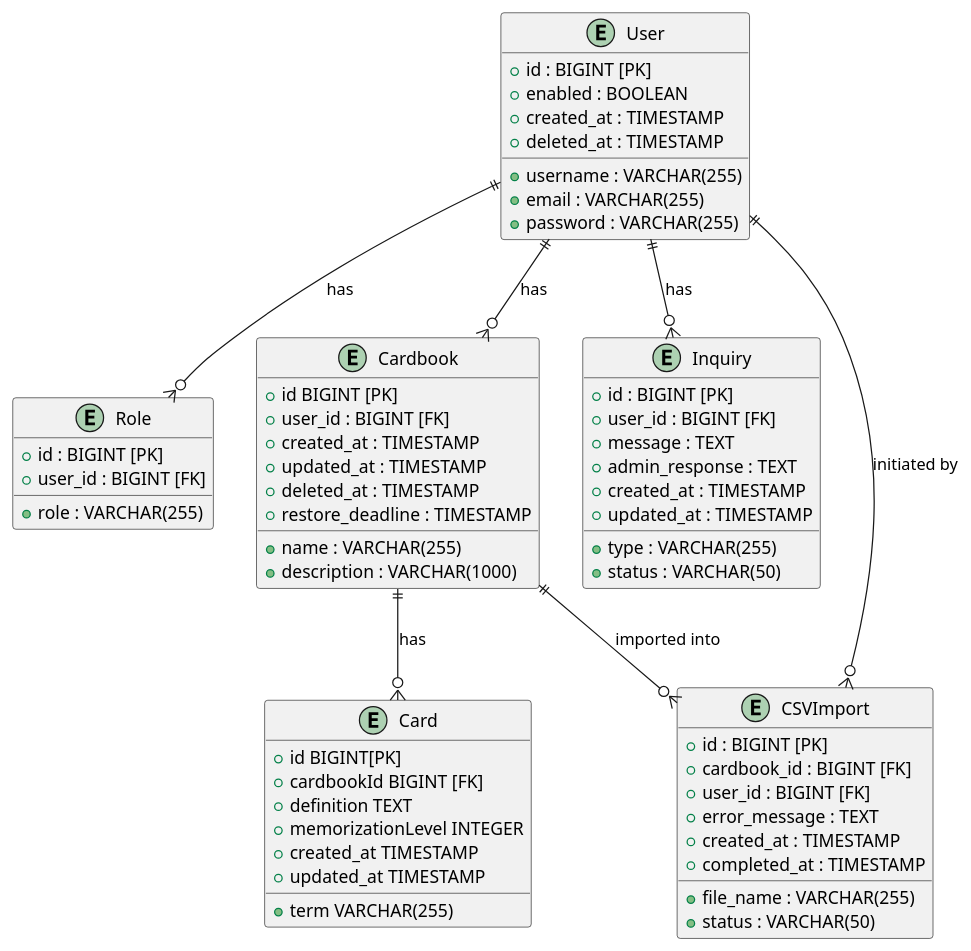
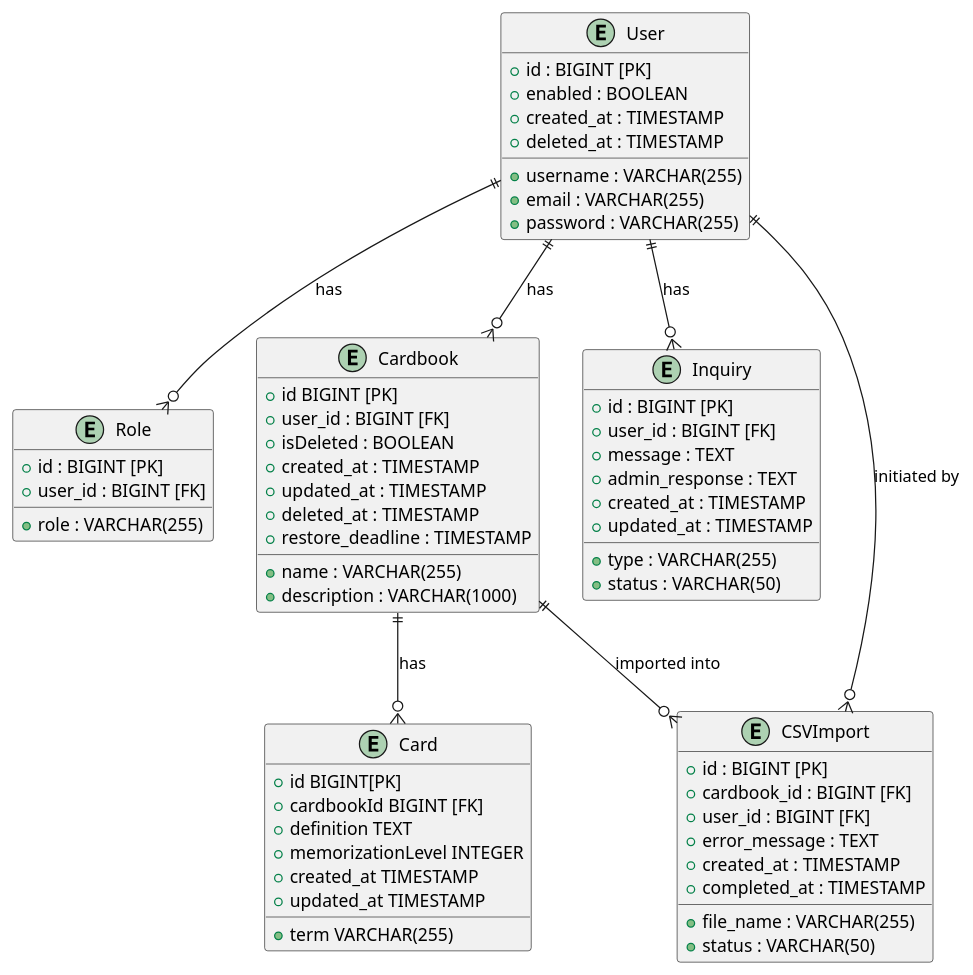
One commit to osakanae/tango changed the diagram in tango_er.puml. Above: the diagram before and after it, drawn with PlantUML.

Commit message:
カードブックエンティティにisDeleted追加

```diff
--- a/tango_er.puml
+++ b/tango_er.puml
@@ -1,67 +1,68 @@
 @startuml tango_er
 entity User {
     + id : BIGINT [PK]
     + username : VARCHAR(255)
     + email : VARCHAR(255)
     + password : VARCHAR(255)
     + enabled : BOOLEAN
     + created_at : TIMESTAMP
     + deleted_at : TIMESTAMP
 }
 
 entity Role {
     + id : BIGINT [PK]
     + user_id : BIGINT [FK]
     + role : VARCHAR(255)
 }
 
 entity Cardbook {
     + id BIGINT [PK]
     + user_id : BIGINT [FK]
     + name : VARCHAR(255)
     + description : VARCHAR(1000)
+    + isDeleted : BOOLEAN
     + created_at : TIMESTAMP
     + updated_at : TIMESTAMP
     + deleted_at : TIMESTAMP
     + restore_deadline : TIMESTAMP
 }
 
 entity Card {
     + id BIGINT[PK]
     + cardbookId BIGINT [FK]
     + term VARCHAR(255)
     + definition TEXT
     + memorizationLevel INTEGER
     + created_at TIMESTAMP
     + updated_at TIMESTAMP
 }
 
 entity Inquiry {
     + id : BIGINT [PK]
     + user_id : BIGINT [FK]
     + type : VARCHAR(255)
     + message : TEXT
     + status : VARCHAR(50)
     + admin_response : TEXT
     + created_at : TIMESTAMP
     + updated_at : TIMESTAMP
 }
 
 entity CSVImport {
     + id : BIGINT [PK]
     + cardbook_id : BIGINT [FK]
     + user_id : BIGINT [FK]
     + file_name : VARCHAR(255)
     + status : VARCHAR(50)
     + error_message : TEXT
     + created_at : TIMESTAMP
     + completed_at : TIMESTAMP
 }
 
 User ||--o{ Role : "has"
 User ||--o{ Cardbook : "has"
 Cardbook ||--o{ Card : "has"
 User ||--o{ Inquiry : "has"
 User ||--o{ CSVImport : "initiated by"
 Cardbook ||--o{ CSVImport : "imported into"
 @enduml
```
